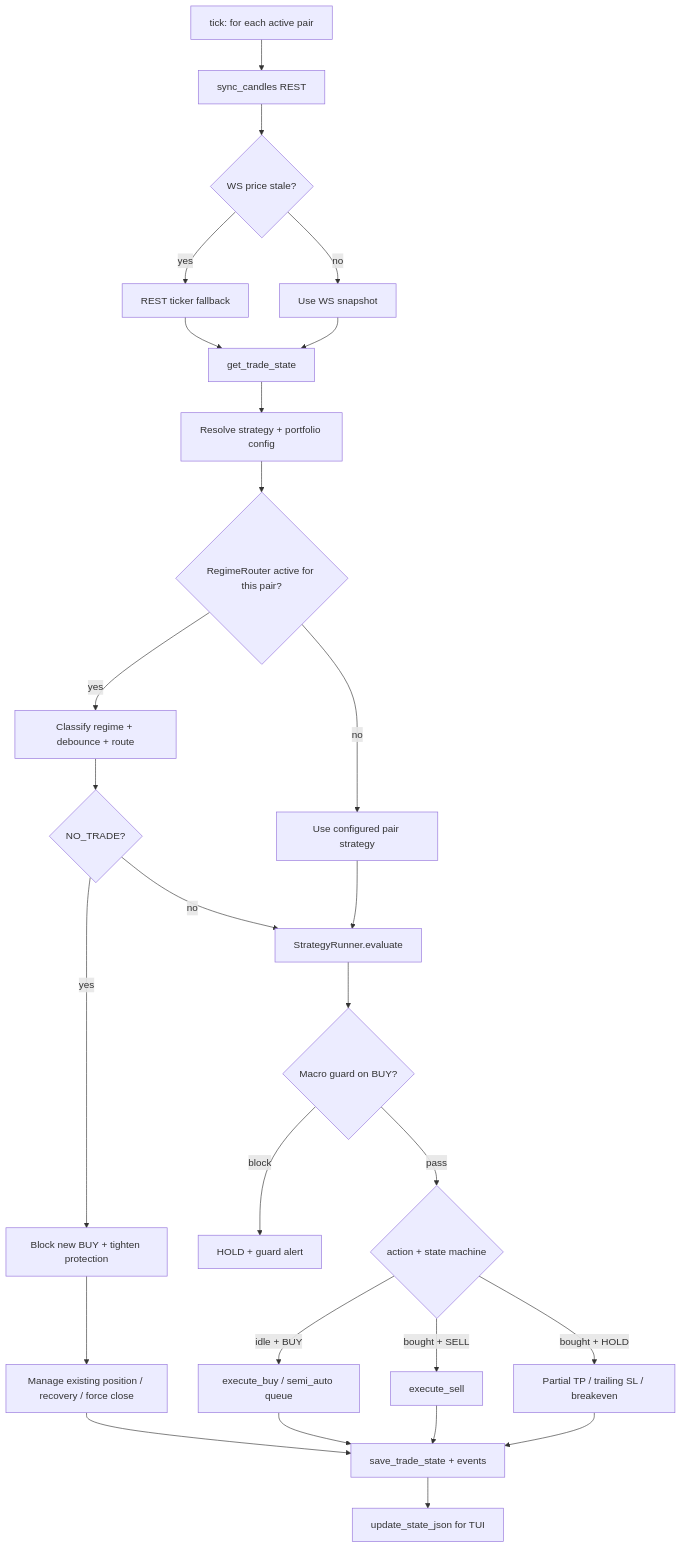
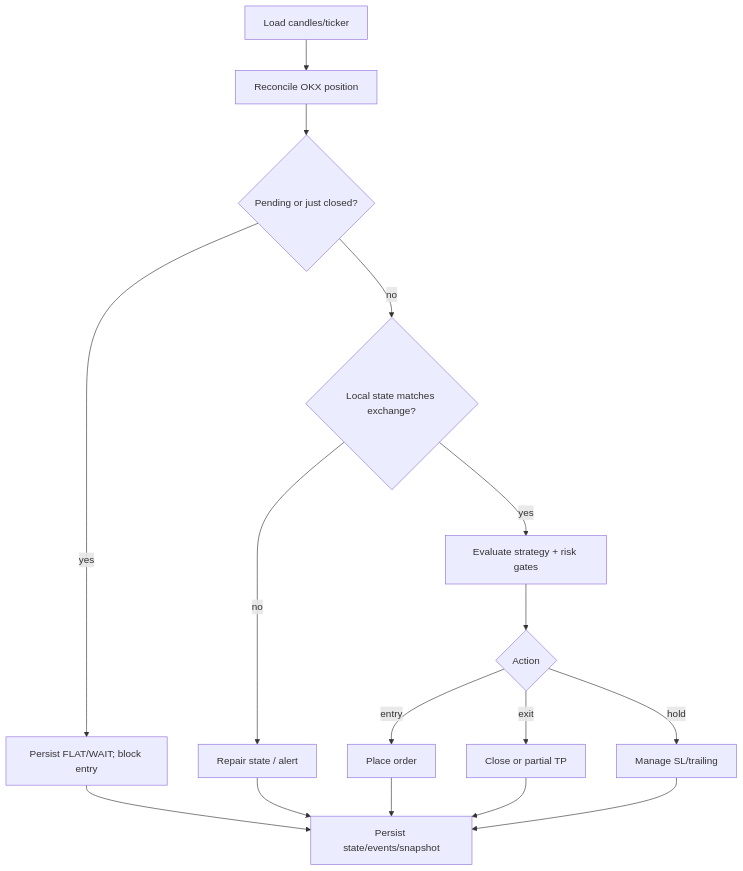
The diagram in docs/trading-flow.md (iisara555/xAuby), drawn with Mermaid before and after one commit. The commit also changed other lines of this file and 6 other files, not shown here.

````diff
--- a/docs/trading-flow.md
+++ b/docs/trading-flow.md
@@ -7,29 +5,18 @@
 ```mermaid
 flowchart TD
-  A["tick: for each active pair"] --> B["sync_candles REST"]
-  B --> C{"WS price stale?"}
-  C -->|yes| D["REST ticker fallback"]
-  C -->|no| E["Use WS snapshot"]
-  D --> F["get_trade_state"]
-  E --> F
-  F --> G["Resolve strategy + portfolio config"]
-  G --> H{"RegimeRouter active for this pair?"}
-  H -->|yes| I["Classify regime + debounce + route"]
-  H -->|no| J["Use configured pair strategy"]
-  I --> K{"NO_TRADE?"}
-  K -->|yes| L["Block new BUY + tighten protection"]
-  K -->|no| M["StrategyRunner.evaluate"]
-  J --> M
-  L --> N["Manage existing position / recovery / force close"]
-  M --> O{"Macro guard on BUY?"}
-  O -->|block| P["HOLD + guard alert"]
-  O -->|pass| Q{"action + state machine"}
-  Q -->|idle + BUY| R["execute_buy / semi_auto queue"]
-  Q -->|bought + SELL| S["execute_sell"]
-  Q -->|bought + HOLD| T["Partial TP / trailing SL / breakeven"]
-  R --> U["save_trade_state + events"]
-  S --> U
-  T --> U
-  N --> U
-  U --> V["update_state_json for TUI"]
+  A["Load candles/ticker"] --> B["Reconcile OKX position"]
+  B --> C{"Pending or just closed?"}
+  C -->|yes| D["Persist FLAT/WAIT; block entry"]
+  C -->|no| E{"Local state matches exchange?"}
+  E -->|no| F["Repair state / alert"]
+  E -->|yes| G["Evaluate strategy + risk gates"]
+  G --> H{"Action"}
+  H -->|entry| I["Place order"]
+  H -->|exit| J["Close or partial TP"]
+  H -->|hold| K["Manage SL/trailing"]
+  I --> L["Persist state/events/snapshot"]
+  J --> L
+  K --> L
+  D --> L
+  F --> L
 ```
````
